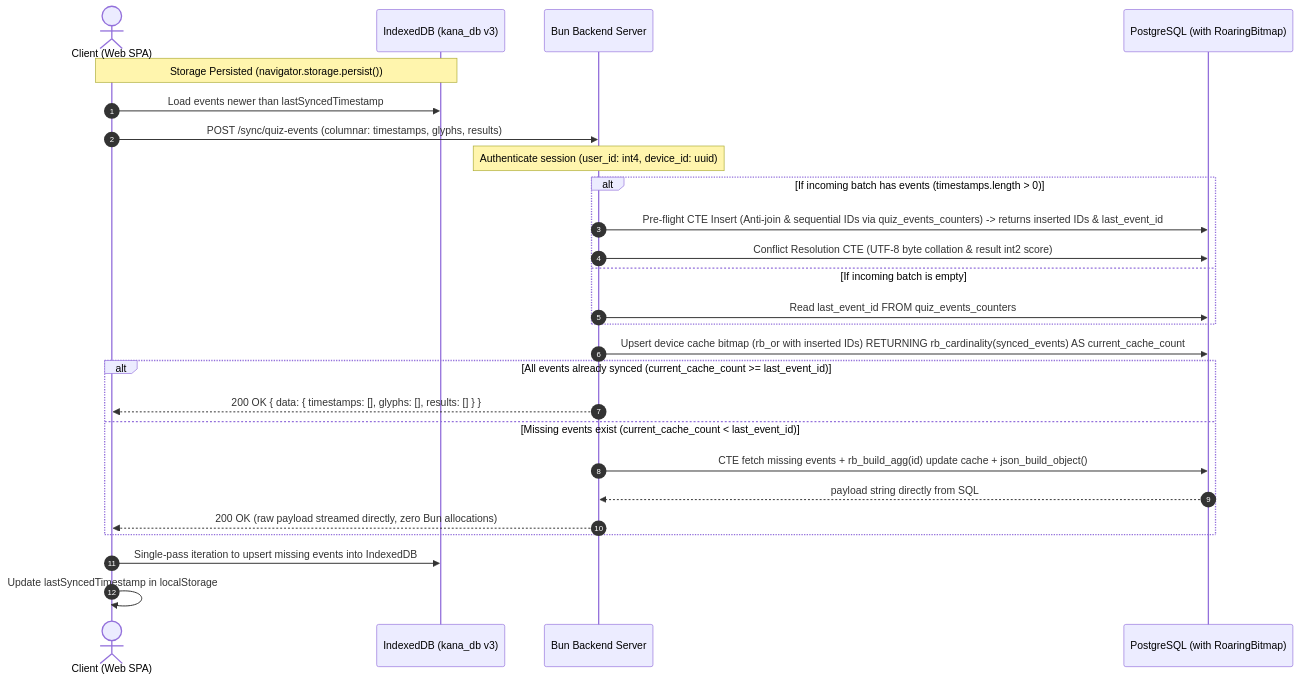
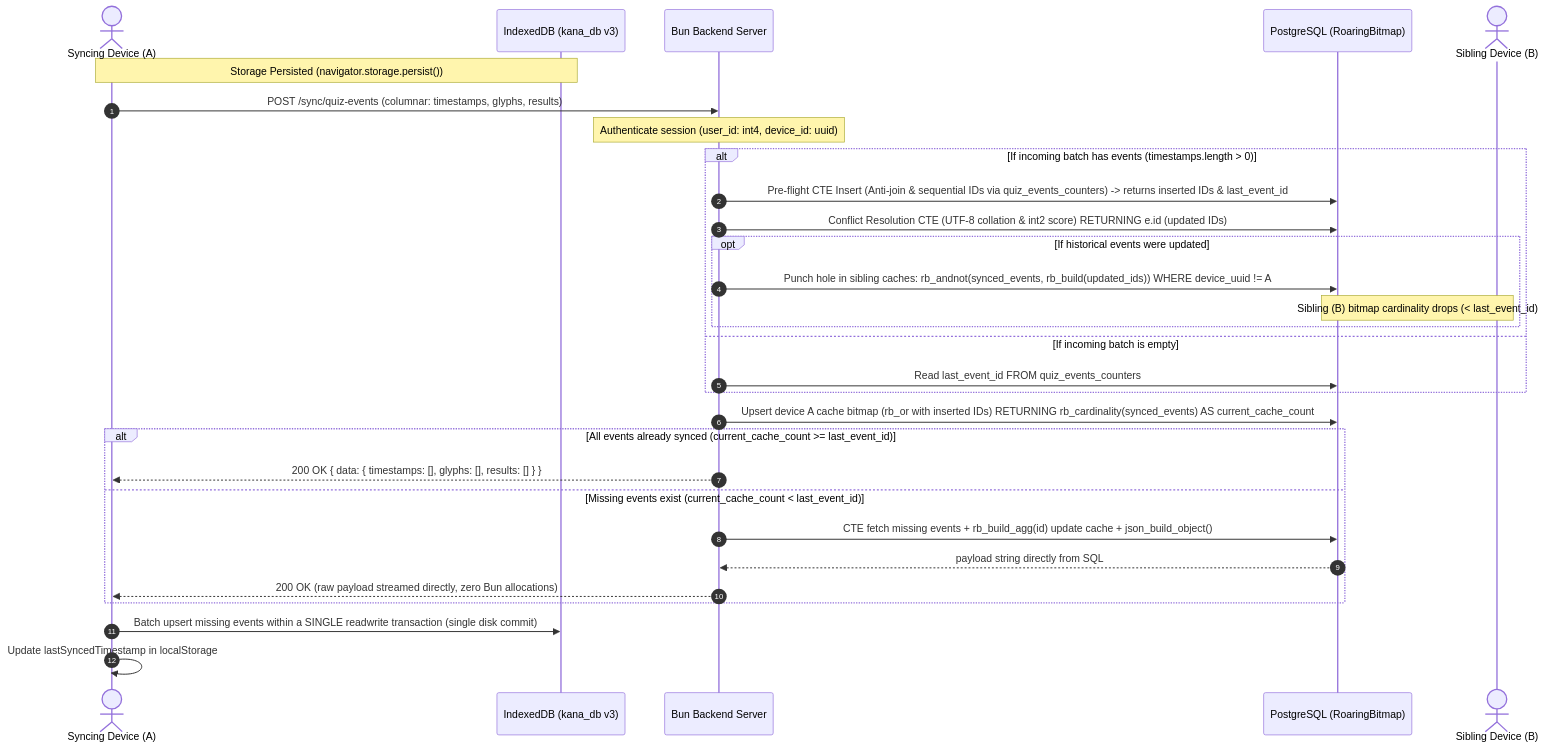
The diagram in optimization-plan.md (patrickpissurno/kana), drawn with Mermaid before and after one commit. The commit also changed other lines of this file, not shown here.

````diff
--- a/optimization-plan.md
+++ b/optimization-plan.md
@@ -32,33 +36,37 @@
 ```mermaid
 sequenceDiagram
     autonumber
-    actor User as Client (Web SPA)
+    actor User as Syncing Device (A)
     participant IDB as IndexedDB (kana_db v3)
     participant BE as Bun Backend Server
-    participant PG as PostgreSQL (with RoaringBitmap)
+    participant PG as PostgreSQL (RoaringBitmap)
+    actor Sibling as Sibling Device (B)
 
     Note over User,IDB: Storage Persisted (navigator.storage.persist())
-    User->>IDB: Load events newer than lastSyncedTimestamp
     User->>BE: POST /sync/quiz-events (columnar: timestamps, glyphs, results)
     Note over BE: Authenticate session (user_id: int4, device_id: uuid)
     
     alt If incoming batch has events (timestamps.length > 0)
         BE->>PG: Pre-flight CTE Insert (Anti-join & sequential IDs via quiz_events_counters) -> returns inserted IDs & last_event_id
-        BE->>PG: Conflict Resolution CTE (UTF-8 byte collation & result int2 score)
+        BE->>PG: Conflict Resolution CTE (UTF-8 collation & int2 score) RETURNING e.id (updated IDs)
+        opt If historical events were updated
+            BE->>PG: Punch hole in sibling caches: rb_andnot(synced_events, rb_build(updated_ids)) WHERE device_uuid != A
+            Note over PG,Sibling: Sibling (B) bitmap cardinality drops (< last_event_id)
+        end
     else If incoming batch is empty
         BE->>PG: Read last_event_id FROM quiz_events_counters
     end
     
-    BE->>PG: Upsert device cache bitmap (rb_or with inserted IDs) RETURNING rb_cardinality(synced_events) AS current_cache_count
+    BE->>PG: Upsert device A cache bitmap (rb_or with inserted IDs) RETURNING rb_cardinality(synced_events) AS current_cache_count
     
     alt All events already synced (current_cache_count >= last_event_id)
         BE-->>User: 200 OK { data: { timestamps: [], glyphs: [], results: [] } }
     else Missing events exist (current_cache_count < last_event_id)
         BE->>PG: CTE fetch missing events + rb_build_agg(id) update cache + json_build_object()
         PG-->>BE: payload string directly from SQL
         BE-->>User: 200 OK (raw payload streamed directly, zero Bun allocations)
     end
     
-    User->>IDB: Single-pass iteration to upsert missing events into IndexedDB
+    User->>IDB: Batch upsert missing events within a SINGLE readwrite transaction (single disk commit)
     User->>User: Update lastSyncedTimestamp in localStorage
 ```
````
